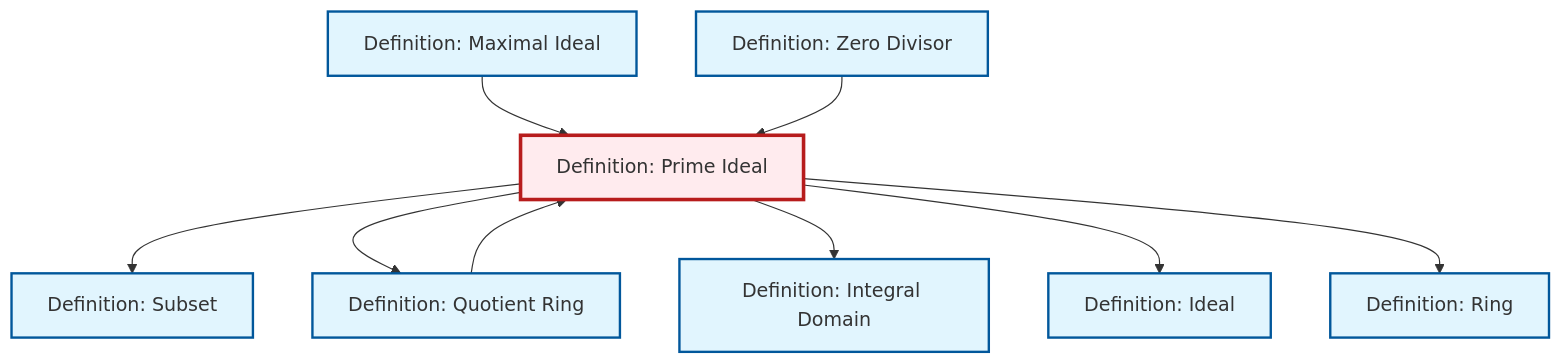
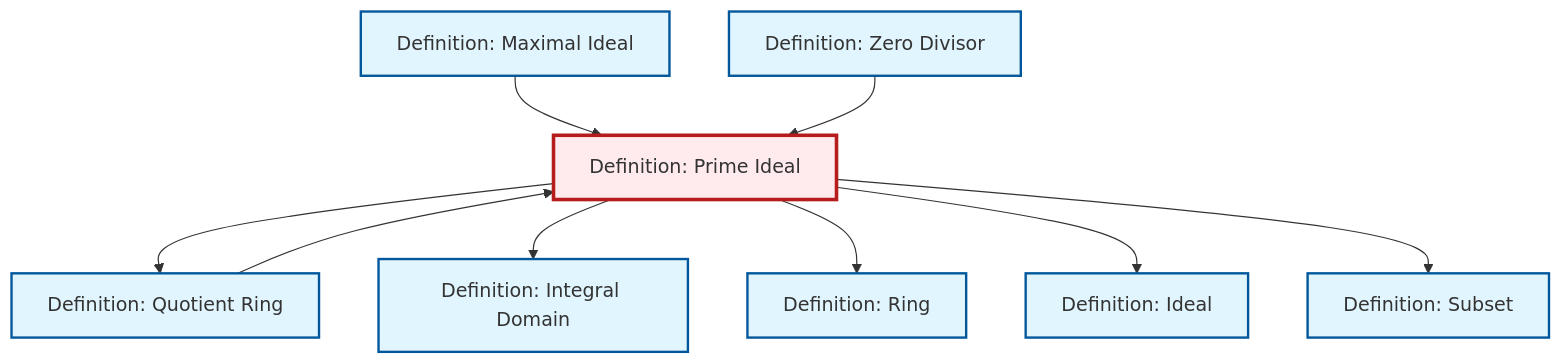
The diagram in content/en/algebra/def-prime-ideal.qmd (RK0429/ModernMath), drawn with Mermaid before and after one commit. The commit also changed other lines of this file and 328 other files, not shown here.

````diff
--- a/content/en/algebra/def-prime-ideal.qmd
+++ b/content/en/algebra/def-prime-ideal.qmd
@@ -85,33 +85,33 @@
 ```{mermaid}
 %%| fig-cap: "Local dependency graph"
 graph TD
     classDef definition fill:#e1f5fe,stroke:#01579b,stroke-width:2px
     classDef theorem fill:#f3e5f5,stroke:#4a148c,stroke-width:2px
     classDef axiom fill:#fff3e0,stroke:#e65100,stroke-width:2px
     classDef example fill:#e8f5e9,stroke:#1b5e20,stroke-width:2px
     classDef current fill:#ffebee,stroke:#b71c1c,stroke-width:3px
     def-integral-domain["Definition: Integral Domain"]:::definition
+    def-ideal["Definition: Ideal"]:::definition
+    def-zero-divisor["Definition: Zero Divisor"]:::definition
+    def-ring["Definition: Ring"]:::definition
+    def-prime-ideal["Definition: Prime Ideal"]:::definition
+    def-quotient-ring["Definition: Quotient Ring"]:::definition
+    def-subset["Definition: Subset"]:::definition
     def-maximal-ideal["Definition: Maximal Ideal"]:::definition
-    def-subset["Definition: Subset"]:::definition
-    def-prime-ideal["Definition: Prime Ideal"]:::definition
-    def-ideal["Definition: Ideal"]:::definition
-    def-ring["Definition: Ring"]:::definition
-    def-zero-divisor["Definition: Zero Divisor"]:::definition
-    def-quotient-ring["Definition: Quotient Ring"]:::definition
-    def-maximal-ideal --> def-prime-ideal
-    def-prime-ideal --> def-subset
     def-prime-ideal --> def-quotient-ring
     def-prime-ideal --> def-integral-domain
+    def-maximal-ideal --> def-prime-ideal
+    def-prime-ideal --> def-ring
     def-prime-ideal --> def-ideal
+    def-zero-divisor --> def-prime-ideal
+    def-prime-ideal --> def-subset
     def-quotient-ring --> def-prime-ideal
-    def-prime-ideal --> def-ring
-    def-zero-divisor --> def-prime-ideal
     class def-prime-ideal current
     click def-integral-domain "def-integral-domain.html" "Go to Integral Domain definition"
+    click def-ideal "def-ideal.html" "Go to Ideal definition"
+    click def-zero-divisor "def-zero-divisor.html" "Go to Zero Divisor definition"
+    click def-ring "def-ring.html" "Go to Ring definition"
+    click def-quotient-ring "def-quotient-ring.html" "Go to Quotient Ring definition"
+    click def-subset "def-subset.html" "Go to Subset definition"
     click def-maximal-ideal "def-maximal-ideal.html" "Go to Maximal Ideal definition"
-    click def-subset "def-subset.html" "Go to Subset definition"
-    click def-ideal "def-ideal.html" "Go to Ideal definition"
-    click def-ring "def-ring.html" "Go to Ring definition"
-    click def-zero-divisor "def-zero-divisor.html" "Go to Zero Divisor definition"
-    click def-quotient-ring "def-quotient-ring.html" "Go to Quotient Ring definition"
 ```
````
